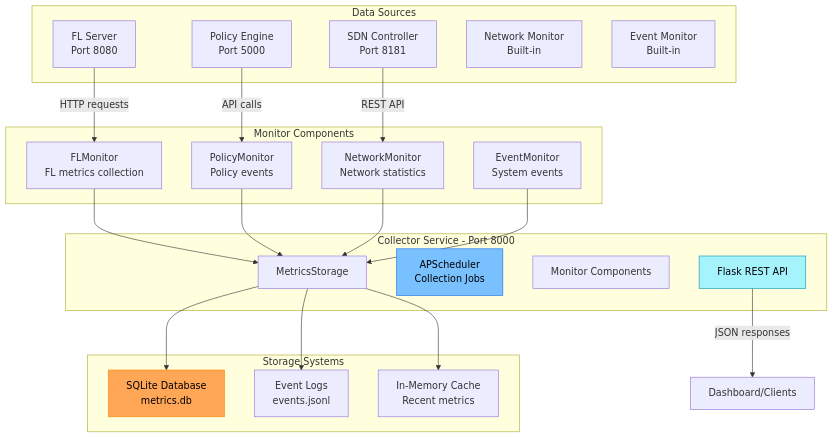
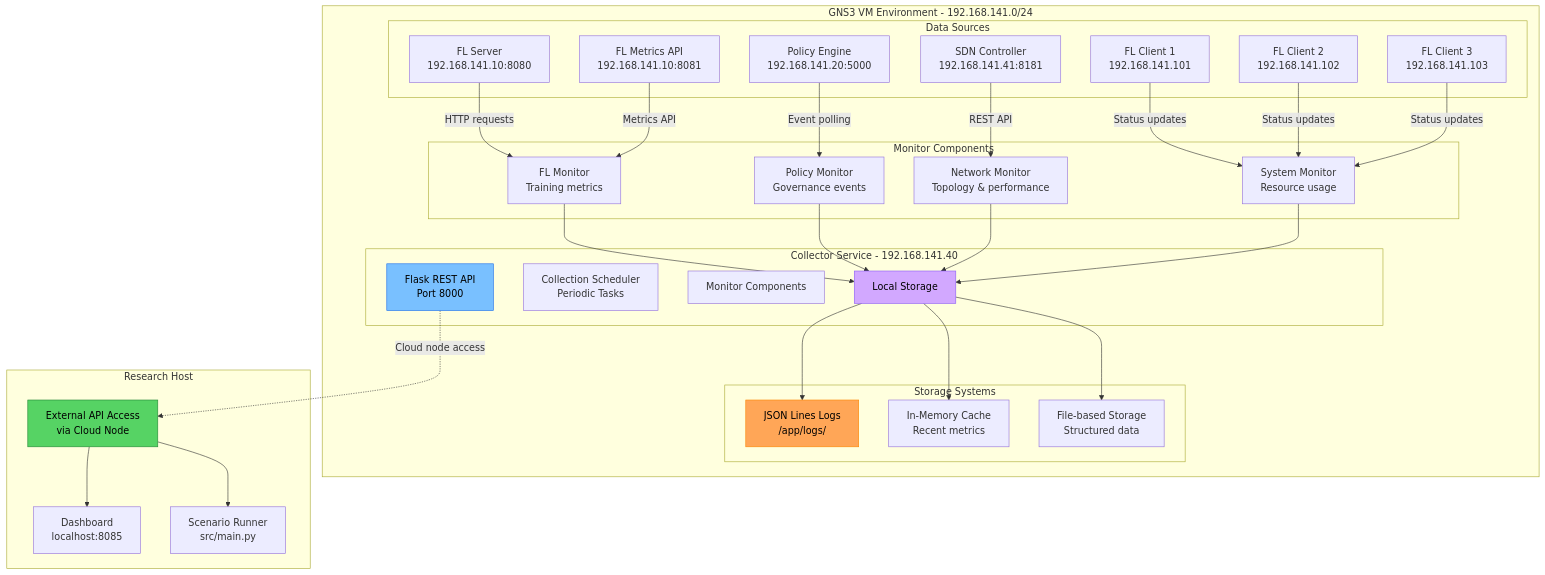
One commit to abdulmeLINK/flopy-net changed the third of 4 diagrams in docs/docs/components/collector.md. Above: the diagram before and after it, drawn with Mermaid. The commit also changed other lines of this file and 42 other files, not shown here.

````diff
--- a/docs/docs/components/collector.md
+++ b/docs/docs/components/collector.md
@@ -7,49 +114,65 @@
 ```mermaid
 graph TB
-    subgraph "Data Sources"
-        FL[FL Server<br/>Port 8080]
-        PE[Policy Engine<br/>Port 5000]
-        SDN[SDN Controller<br/>Port 8181]
-        NET[Network Monitor<br/>Built-in]
-        EVT[Event Monitor<br/>Built-in]
+    subgraph "GNS3 VM Environment - 192.168.141.0/24"
+        subgraph "Data Sources"
+            FL[FL Server<br/>192.168.141.10:8080]
+            FLM[FL Metrics API<br/>192.168.141.10:8081]
+            PE[Policy Engine<br/>192.168.141.20:5000]
+            SDN[SDN Controller<br/>192.168.141.41:8181]
+            CLIENT1[FL Client 1<br/>192.168.141.101]
+            CLIENT2[FL Client 2<br/>192.168.141.102]
+            CLIENT3[FL Client 3<br/>192.168.141.103]
+        end
+        
+        subgraph "Collector Service - 192.168.141.40"
+            API[Flask REST API<br/>Port 8000]
+            SCHED[Collection Scheduler<br/>Periodic Tasks]
+            MON[Monitor Components]
+            STORE[Local Storage]
+        end
+        
+        subgraph "Monitor Components"
+            FLMON[FL Monitor<br/>Training metrics]
+            POLMON[Policy Monitor<br/>Governance events]
+            NETMON[Network Monitor<br/>Topology & performance]
+            SYSMON[System Monitor<br/>Resource usage]
+        end
+        
+        subgraph "Storage Systems"
+            JSONL[JSON Lines Logs<br/>/app/logs/]
+            MEM[In-Memory Cache<br/>Recent metrics]
+            FILES[File-based Storage<br/>Structured data]
+        end
     end
-    
-    subgraph "Collector Service - Port 8000"
-        API[Flask REST API]
-        SCHED[APScheduler<br/>Collection Jobs]
-        MON[Monitor Components]
-        STORE[MetricsStorage]
-    end
-    
-    subgraph "Monitor Components"
-        FLMON[FLMonitor<br/>FL metrics collection]
-        POLMON[PolicyMonitor<br/>Policy events]
-        NETMON[NetworkMonitor<br/>Network statistics] 
-        EVTMON[EventMonitor<br/>System events]
-    end
-    
-    subgraph "Storage Systems"
-        SQLITE[SQLite Database<br/>metrics.db]
-        JSONL[Event Logs<br/>events.jsonl]
-        MEM[In-Memory Cache<br/>Recent metrics]
+      subgraph "Research Host"
+        EXT_API[External API Access<br/>via Cloud Node]
+        DASH[Dashboard<br/>localhost:8085]
+        CLI[Scenario Runner<br/>src/main.py]
     end
     
     FL --> |HTTP requests| FLMON
-    PE --> |API calls| POLMON
+    FLM --> |Metrics API| FLMON
+    PE --> |Event polling| POLMON
     SDN --> |REST API| NETMON
+    CLIENT1 --> |Status updates| SYSMON
+    CLIENT2 --> |Status updates| SYSMON
+    CLIENT3 --> |Status updates| SYSMON
     
     FLMON --> STORE
     POLMON --> STORE
     NETMON --> STORE
-    EVTMON --> STORE
+    SYSMON --> STORE
     
-    STORE --> SQLITE
     STORE --> JSONL
     STORE --> MEM
+    STORE --> FILES
     
-    API --> |JSON responses| CLIENT[Dashboard/Clients]
+    API -.-> |Cloud node access| EXT_API
+    EXT_API --> DASH
+    EXT_API --> CLI
     
-    style SCHED fill:#79c0ff,stroke:#1f6feb,color:#000
-    style SQLITE fill:#ffa657,stroke:#fb8500,color:#000
-    style API fill:#a5f3fc,stroke:#0891b2,color:#000
+    style API fill:#79c0ff,stroke:#1f6feb,color:#000
+    style STORE fill:#d2a8ff,stroke:#8b5cf6,color:#000
+    style EXT_API fill:#56d364,stroke:#238636,color:#000
+    style JSONL fill:#ffa657,stroke:#fb8500,color:#000
 ```
````
